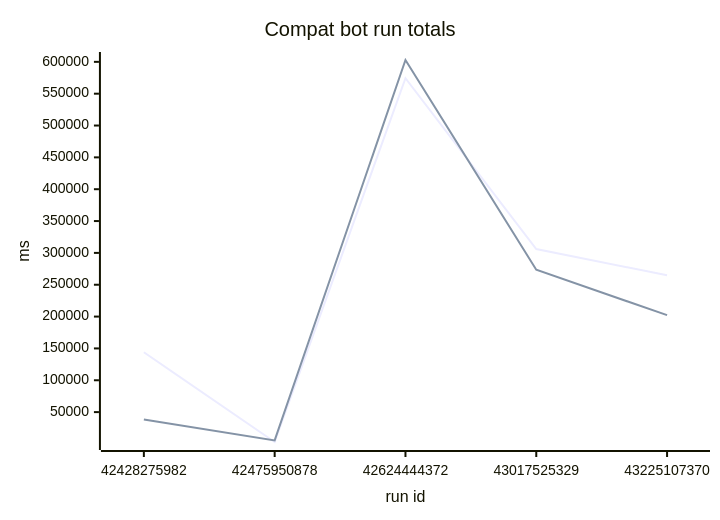
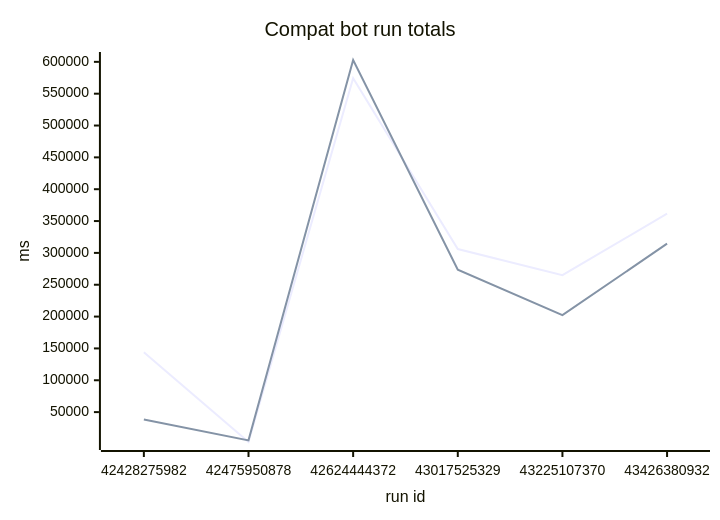
Before and after one commit to roc-talon/talon: the diagram in stats/compat/README.md, drawn with Mermaid. The commit also changed other lines of this file and 2 other files, not shown here.

Commit message:
compat stats: run 43426380932

````diff
--- a/stats/compat/README.md
+++ b/stats/compat/README.md
@@ -7,8 +7,8 @@
 ```mermaid
 xychart-beta
     title "Compat bot run totals"
-    x-axis "run id" ["42428275982", "42475950878", "42624444372", "43017525329", "43225107370"]
+    x-axis "run id" ["42428275982", "42475950878", "42624444372", "43017525329", "43225107370", "43426380932"]
     y-axis "ms"
-    line [143940, 3060, 574300, 306000, 264960]
-    line [38340, 5610, 602900, 273650, 202220]
+    line [143940, 3060, 574300, 306000, 264960, 361500]
+    line [38340, 5610, 602900, 273650, 202220, 314450]
 ```
````
